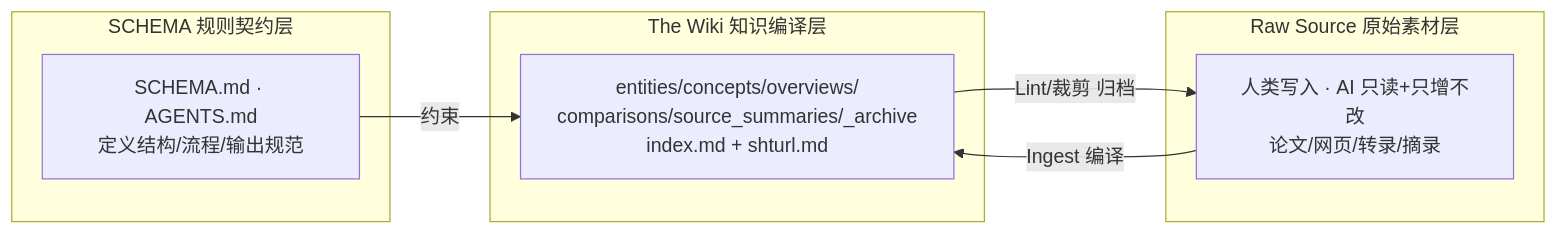
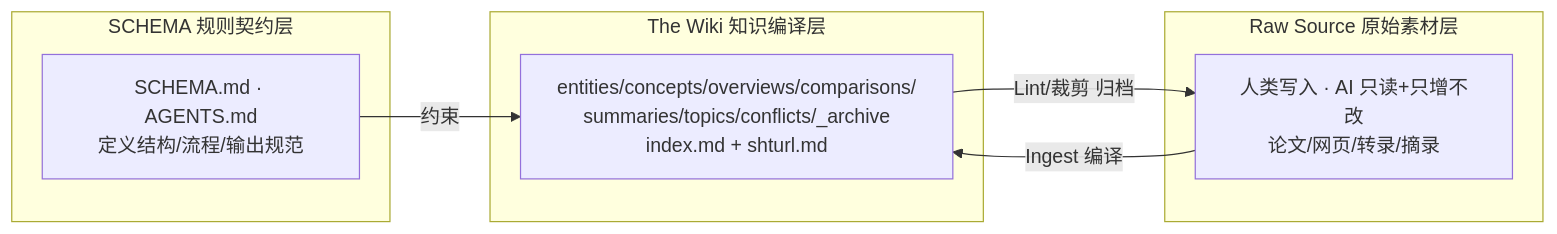
One commit to Topskys/llm-wiki changed the diagram in wiki/concepts/三层架构.md. Above: the diagram before and after it, drawn with Mermaid. The commit also changed other lines of this file and 21 other files, not shown here.

````diff
--- a/wiki/concepts/三层架构.md
+++ b/wiki/concepts/三层架构.md
@@ -14,15 +14,15 @@
 ```mermaid
 flowchart LR
     subgraph S["SCHEMA 规则契约层"]
         SC["SCHEMA.md · AGENTS.md<br/>定义结构/流程/输出规范"]
     end
     subgraph R["Raw Source 原始素材层"]
         RAW["人类写入 · AI 只读+只增不改<br/>论文/网页/转录/摘录"]
     end
     subgraph W["The Wiki 知识编译层"]
-        WK["entities/concepts/overviews/<br/>comparisons/source_summaries/_archive<br/>index.md + shturl.md"]
+        WK["entities/concepts/overviews/comparisons/<br/>summaries/topics/conflicts/_archive<br/>index.md + shturl.md"]
     end
     RAW -->|"Ingest 编译"| WK
     SC -->|"约束"| WK
     WK -->|"Lint/裁剪 归档"| RAW
 ```
````
